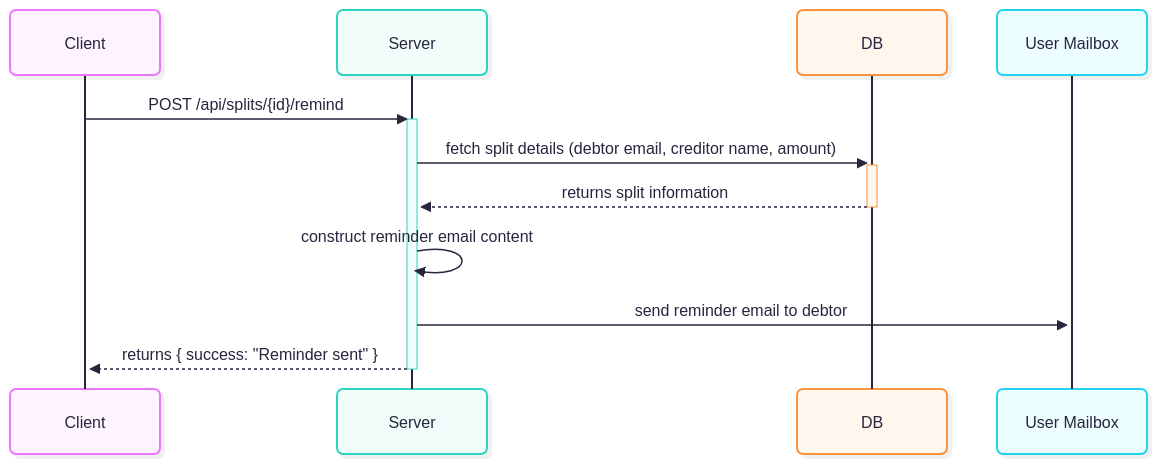
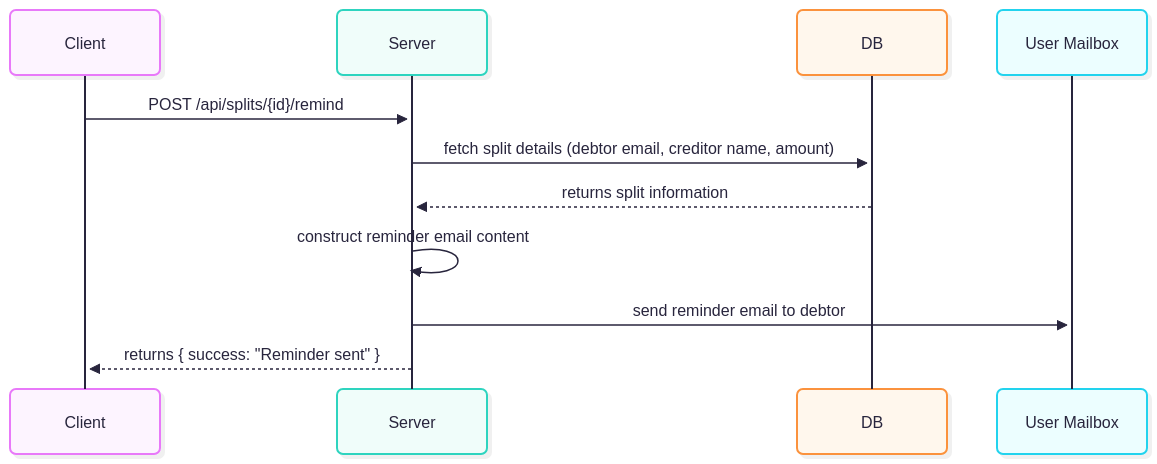
Before and after one commit to addy118/portfolio: the diagram in mermaid/fairshare/fs-mail.mmd, drawn with Mermaid. The commit also changed 14 other files, not shown here.

Commit message:
feat: add fairshare seq diagrams

```diff
--- a/mermaid/fairshare/fs-mail.mmd
+++ b/mermaid/fairshare/fs-mail.mmd
@@ -1,22 +1,18 @@
 ---
 config:
   theme: redux-color
   look: neo
 ---
 sequenceDiagram
     participant Client
     participant Server 
     participant DB 
     participant User Mailbox
 
     Client->>Server: POST /api/splits/{id}/remind
-    activate Server
     Server->>DB: fetch split details (debtor email, creditor name, amount)
-    activate DB
     DB-->>Server: returns split information
-    deactivate DB
 
     Server->>Server: construct reminder email content
     Server->>User Mailbox: send reminder email to debtor
     Server-->>Client: returns { success: "Reminder sent" }
-    deactivate Server
```
